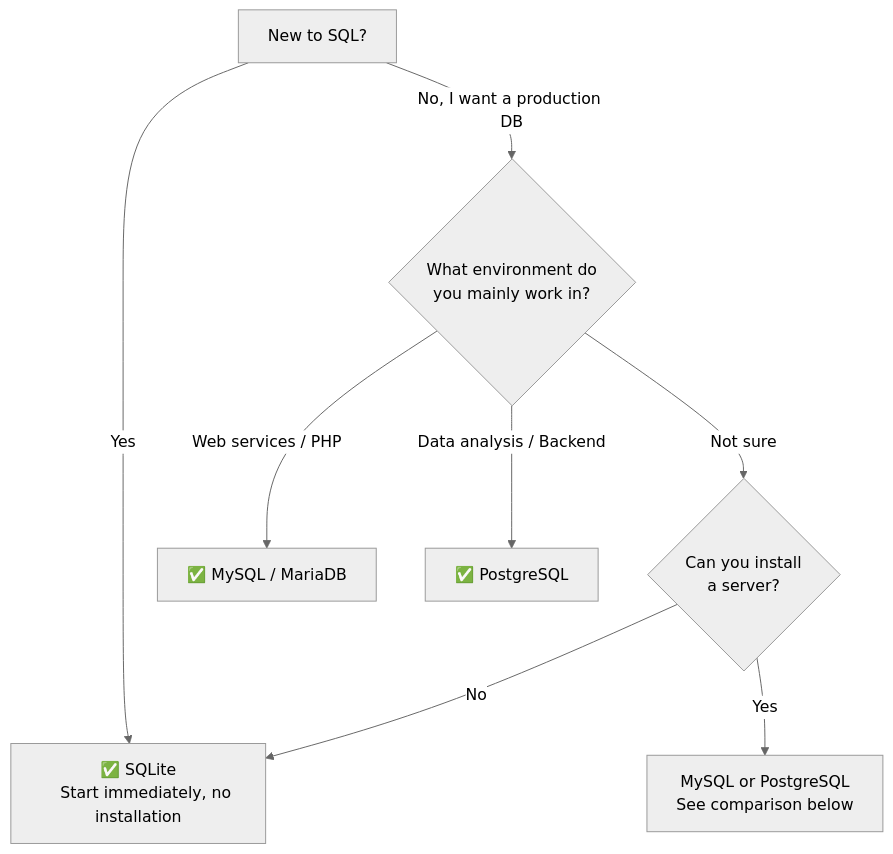
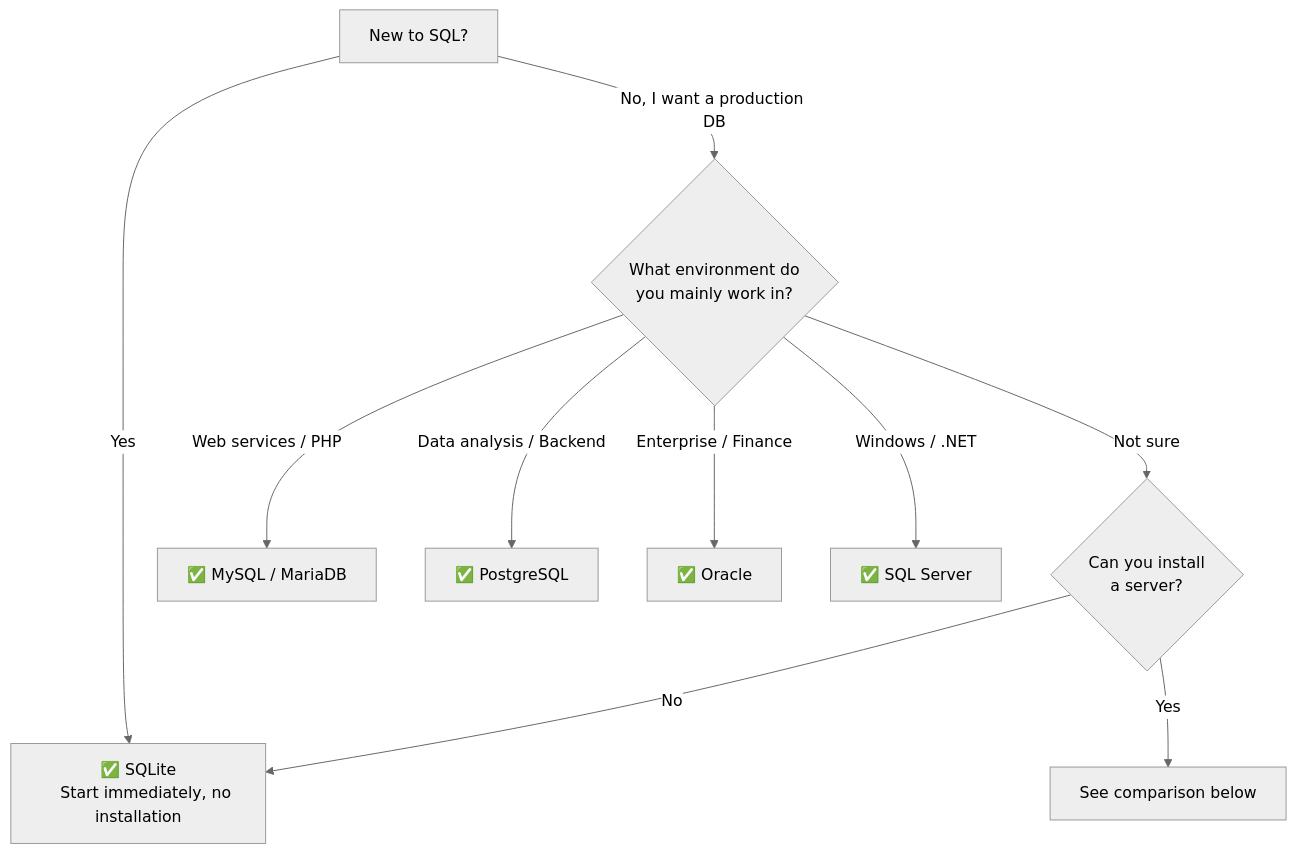
The diagram in docs/en/setup/01-choose-db.md (civilian7/sql-tutorial), drawn with Mermaid (neutral theme) before and after one commit. The commit also changed other lines of this file and 9 other files, not shown here.

First line of the commit message:
튜토리얼 문서: Oracle / SQL Server 5개 DB 지원 반영

````diff
--- a/docs/en/setup/01-choose-db.md
+++ b/docs/en/setup/01-choose-db.md
@@ -9,14 +9,15 @@
 ```mermaid
 flowchart TD
     A["New to SQL?"] -->|Yes| B["✅ SQLite
     Start immediately, no installation"]
     A -->|"No, I want a production DB"| C{"What environment do
     you mainly work in?"}
     C -->|"Web services / PHP"| D["✅ MySQL / MariaDB"]
     C -->|"Data analysis / Backend"| E["✅ PostgreSQL"]
+    C -->|"Enterprise / Finance"| H["✅ Oracle"]
+    C -->|"Windows / .NET"| I["✅ SQL Server"]
     C -->|"Not sure"| F{"Can you install
     a server?"}
     F -->|No| B
-    F -->|Yes| G["MySQL or PostgreSQL
-    See comparison below"]
+    F -->|Yes| G["See comparison below"]
 ```
````
